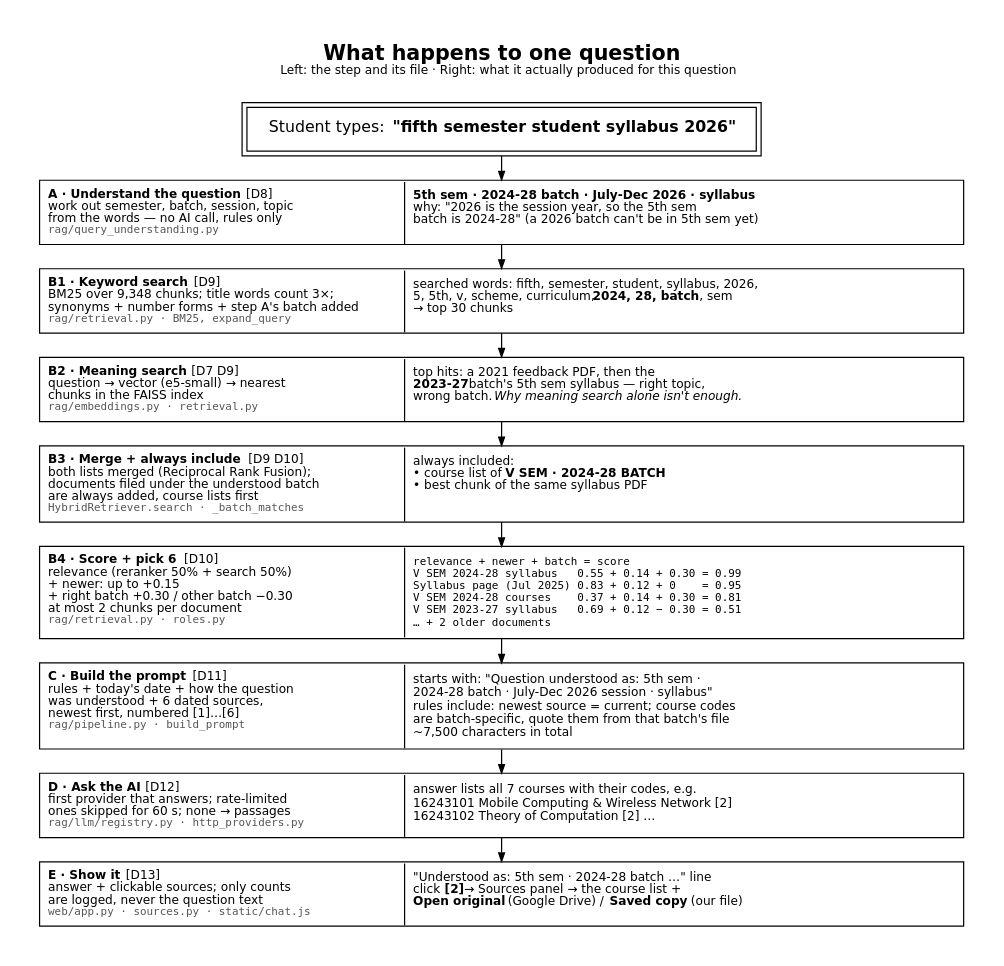
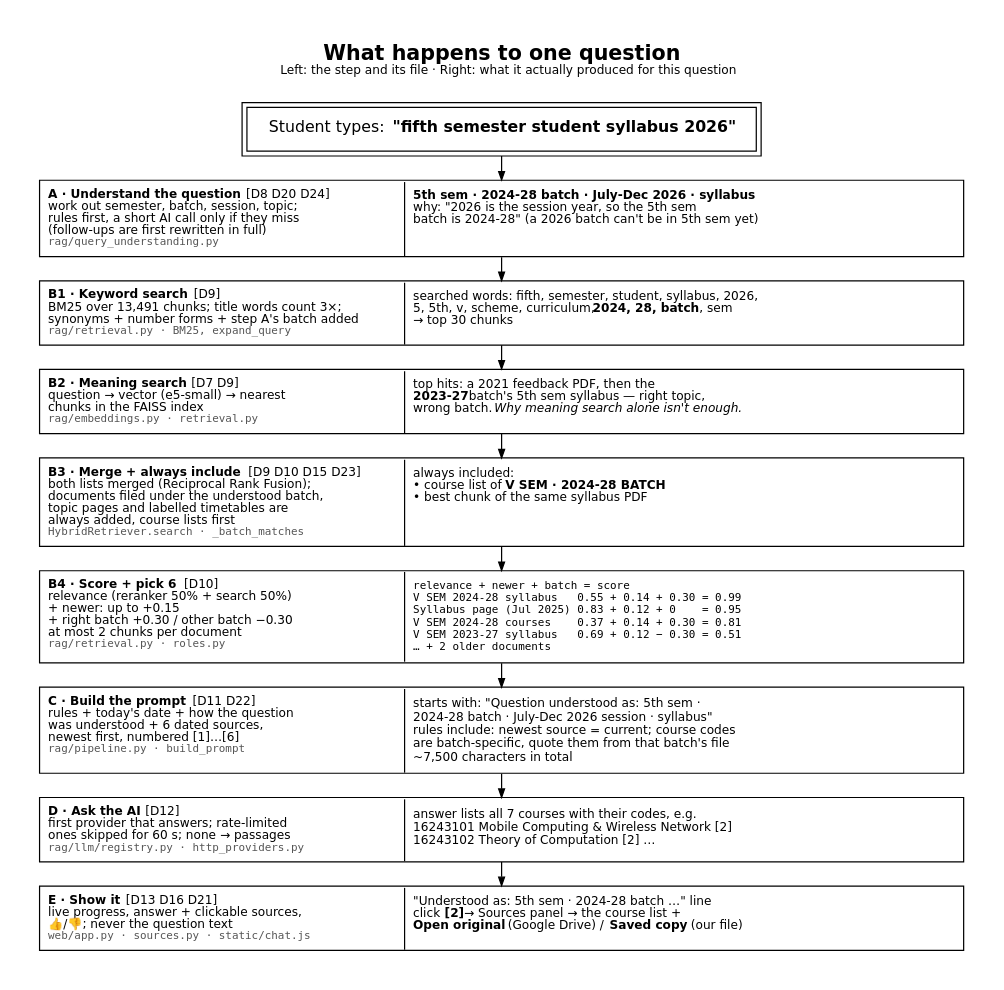
The diagram in docs/architecture/question-flow.dot (VaibhavBansa1/Cornerstone-1), drawn with Graphviz before and after one commit. The commit also changed 4 other files, not shown here.

First line of the commit message:
Architecture: all 25 design decisions in the diagrams; D23-D25 added

```diff
--- a/docs/architecture/question-flow.dot
+++ b/docs/architecture/question-flow.dot
@@ -1,45 +1,45 @@
 // One real question, step by step (values captured from the real index, Oct 2026).
 // Render:  dot -Tpng -Gdpi=150 question-flow.dot -o question-flow.png
 digraph question_flow {
   graph [rankdir=TB, fontname="DejaVu Sans", ranksep=0.28, pad=0.35, bgcolor=white, labelloc=t, fontsize=17,
          label=<<B>What happens to one question</B><BR/><FONT POINT-SIZE="10">Left: the step and its file · Right: what it actually produced for this question</FONT><BR/> >];
   node  [shape=plain, fontname="DejaVu Sans", fontsize=10];
   edge  [color=black, arrowsize=0.7];
 
   q [shape=box, peripheries=2, margin="0.25,0.1", fontsize=13,
      label=<Student types: <B>"fifth semester student syllabus 2026"</B>>];
 
   a [label=<<TABLE BORDER="1" CELLBORDER="0" CELLSPACING="0" CELLPADDING="6" WIDTH="760">
-    <TR><TD WIDTH="300" ALIGN="LEFT" VALIGN="TOP" BALIGN="LEFT"><B>A · Understand the question</B>  [D8]<BR/>work out semester, batch, session, topic<BR/>from the words — no AI call, rules only<BR/><FONT FACE="DejaVu Sans Mono" POINT-SIZE="9" COLOR="#555555">rag/query_understanding.py</FONT></TD>
+    <TR><TD WIDTH="300" ALIGN="LEFT" VALIGN="TOP" BALIGN="LEFT"><B>A · Understand the question</B>  [D8 D20 D24]<BR/>work out semester, batch, session, topic;<BR/>rules first, a short AI call only if they miss<BR/>(follow-ups are first rewritten in full)<BR/><FONT FACE="DejaVu Sans Mono" POINT-SIZE="9" COLOR="#555555">rag/query_understanding.py</FONT></TD>
         <TD WIDTH="460" ALIGN="LEFT" VALIGN="TOP" BALIGN="LEFT" BORDER="1" SIDES="L"><B>5th sem · 2024-28 batch · July-Dec 2026 · syllabus</B><BR/>why: "2026 is the session year, so the 5th sem<BR/>batch is 2024-28" (a 2026 batch can't be in 5th sem yet)</TD></TR></TABLE>>];
 
   b1 [label=<<TABLE BORDER="1" CELLBORDER="0" CELLSPACING="0" CELLPADDING="6" WIDTH="760">
-    <TR><TD WIDTH="300" ALIGN="LEFT" VALIGN="TOP" BALIGN="LEFT"><B>B1 · Keyword search</B>  [D9]<BR/>BM25 over 9,348 chunks; title words count 3×;<BR/>synonyms + number forms + step A's batch added<BR/><FONT FACE="DejaVu Sans Mono" POINT-SIZE="9" COLOR="#555555">rag/retrieval.py · BM25, expand_query</FONT></TD>
+    <TR><TD WIDTH="300" ALIGN="LEFT" VALIGN="TOP" BALIGN="LEFT"><B>B1 · Keyword search</B>  [D9]<BR/>BM25 over 13,491 chunks; title words count 3×;<BR/>synonyms + number forms + step A's batch added<BR/><FONT FACE="DejaVu Sans Mono" POINT-SIZE="9" COLOR="#555555">rag/retrieval.py · BM25, expand_query</FONT></TD>
         <TD WIDTH="460" ALIGN="LEFT" VALIGN="TOP" BALIGN="LEFT" BORDER="1" SIDES="L">searched words: fifth, semester, student, syllabus, 2026,<BR/>5, 5th, v, scheme, curriculum, <B>2024, 28, batch</B>, sem<BR/>→ top 30 chunks</TD></TR></TABLE>>];
 
   b2 [label=<<TABLE BORDER="1" CELLBORDER="0" CELLSPACING="0" CELLPADDING="6" WIDTH="760">
     <TR><TD WIDTH="300" ALIGN="LEFT" VALIGN="TOP" BALIGN="LEFT"><B>B2 · Meaning search</B>  [D7 D9]<BR/>question → vector (e5-small) → nearest<BR/>chunks in the FAISS index<BR/><FONT FACE="DejaVu Sans Mono" POINT-SIZE="9" COLOR="#555555">rag/embeddings.py · retrieval.py</FONT></TD>
         <TD WIDTH="460" ALIGN="LEFT" VALIGN="TOP" BALIGN="LEFT" BORDER="1" SIDES="L">top hits: a 2021 feedback PDF, then the<BR/><B>2023-27</B> batch's 5th sem syllabus — right topic,<BR/>wrong batch. <I>Why meaning search alone isn't enough.</I></TD></TR></TABLE>>];
 
   b3 [label=<<TABLE BORDER="1" CELLBORDER="0" CELLSPACING="0" CELLPADDING="6" WIDTH="760">
-    <TR><TD WIDTH="300" ALIGN="LEFT" VALIGN="TOP" BALIGN="LEFT"><B>B3 · Merge + always include</B>  [D9 D10]<BR/>both lists merged (Reciprocal Rank Fusion);<BR/>documents filed under the understood batch<BR/>are always added, course lists first<BR/><FONT FACE="DejaVu Sans Mono" POINT-SIZE="9" COLOR="#555555">HybridRetriever.search · _batch_matches</FONT></TD>
+    <TR><TD WIDTH="300" ALIGN="LEFT" VALIGN="TOP" BALIGN="LEFT"><B>B3 · Merge + always include</B>  [D9 D10 D15 D23]<BR/>both lists merged (Reciprocal Rank Fusion);<BR/>documents filed under the understood batch,<BR/>topic pages and labelled timetables are<BR/>always added, course lists first<BR/><FONT FACE="DejaVu Sans Mono" POINT-SIZE="9" COLOR="#555555">HybridRetriever.search · _batch_matches</FONT></TD>
         <TD WIDTH="460" ALIGN="LEFT" VALIGN="TOP" BALIGN="LEFT" BORDER="1" SIDES="L">always included:<BR/>• course list of <B>V SEM · 2024-28 BATCH</B><BR/>• best chunk of the same syllabus PDF</TD></TR></TABLE>>];
 
   b4 [label=<<TABLE BORDER="1" CELLBORDER="0" CELLSPACING="0" CELLPADDING="6" WIDTH="760">
     <TR><TD WIDTH="300" ALIGN="LEFT" VALIGN="TOP" BALIGN="LEFT"><B>B4 · Score + pick 6</B>  [D10]<BR/>relevance (reranker 50% + search 50%)<BR/>+ newer: up to +0.15<BR/>+ right batch +0.30 / other batch −0.30<BR/>at most 2 chunks per document<BR/><FONT FACE="DejaVu Sans Mono" POINT-SIZE="9" COLOR="#555555">rag/retrieval.py · roles.py</FONT></TD>
         <TD WIDTH="460" ALIGN="LEFT" VALIGN="TOP" BALIGN="LEFT" BORDER="1" SIDES="L"><FONT FACE="DejaVu Sans Mono" POINT-SIZE="9">relevance + newer + batch = score<BR/>V SEM 2024-28 syllabus   0.55 + 0.14 + 0.30 = 0.99<BR/>Syllabus page (Jul 2025) 0.83 + 0.12 + 0    = 0.95<BR/>V SEM 2024-28 courses    0.37 + 0.14 + 0.30 = 0.81<BR/>V SEM 2023-27 syllabus   0.69 + 0.12 − 0.30 = 0.51<BR/>… + 2 older documents</FONT></TD></TR></TABLE>>];
 
   c [label=<<TABLE BORDER="1" CELLBORDER="0" CELLSPACING="0" CELLPADDING="6" WIDTH="760">
-    <TR><TD WIDTH="300" ALIGN="LEFT" VALIGN="TOP" BALIGN="LEFT"><B>C · Build the prompt</B>  [D11]<BR/>rules + today's date + how the question<BR/>was understood + 6 dated sources,<BR/>newest first, numbered [1]…[6]<BR/><FONT FACE="DejaVu Sans Mono" POINT-SIZE="9" COLOR="#555555">rag/pipeline.py · build_prompt</FONT></TD>
+    <TR><TD WIDTH="300" ALIGN="LEFT" VALIGN="TOP" BALIGN="LEFT"><B>C · Build the prompt</B>  [D11 D22]<BR/>rules + today's date + how the question<BR/>was understood + 6 dated sources,<BR/>newest first, numbered [1]…[6]<BR/><FONT FACE="DejaVu Sans Mono" POINT-SIZE="9" COLOR="#555555">rag/pipeline.py · build_prompt</FONT></TD>
         <TD WIDTH="460" ALIGN="LEFT" VALIGN="TOP" BALIGN="LEFT" BORDER="1" SIDES="L">starts with: "Question understood as: 5th sem ·<BR/>2024-28 batch · July-Dec 2026 session · syllabus"<BR/>rules include: newest source = current; course codes<BR/>are batch-specific, quote them from that batch's file<BR/>~7,500 characters in total</TD></TR></TABLE>>];
 
   d [label=<<TABLE BORDER="1" CELLBORDER="0" CELLSPACING="0" CELLPADDING="6" WIDTH="760">
     <TR><TD WIDTH="300" ALIGN="LEFT" VALIGN="TOP" BALIGN="LEFT"><B>D · Ask the AI</B>  [D12]<BR/>first provider that answers; rate-limited<BR/>ones skipped for 60 s; none → passages<BR/><FONT FACE="DejaVu Sans Mono" POINT-SIZE="9" COLOR="#555555">rag/llm/registry.py · http_providers.py</FONT></TD>
         <TD WIDTH="460" ALIGN="LEFT" VALIGN="TOP" BALIGN="LEFT" BORDER="1" SIDES="L">answer lists all 7 courses with their codes, e.g.<BR/>16243101 Mobile Computing &amp; Wireless Network [2]<BR/>16243102 Theory of Computation [2] …</TD></TR></TABLE>>];
 
   e [label=<<TABLE BORDER="1" CELLBORDER="0" CELLSPACING="0" CELLPADDING="6" WIDTH="760">
-    <TR><TD WIDTH="300" ALIGN="LEFT" VALIGN="TOP" BALIGN="LEFT"><B>E · Show it</B>  [D13]<BR/>answer + clickable sources; only counts<BR/>are logged, never the question text<BR/><FONT FACE="DejaVu Sans Mono" POINT-SIZE="9" COLOR="#555555">web/app.py · sources.py · static/chat.js</FONT></TD>
+    <TR><TD WIDTH="300" ALIGN="LEFT" VALIGN="TOP" BALIGN="LEFT"><B>E · Show it</B>  [D13 D16 D21]<BR/>live progress, answer + clickable sources,<BR/>👍/👎; never the question text<BR/><FONT FACE="DejaVu Sans Mono" POINT-SIZE="9" COLOR="#555555">web/app.py · sources.py · static/chat.js</FONT></TD>
         <TD WIDTH="460" ALIGN="LEFT" VALIGN="TOP" BALIGN="LEFT" BORDER="1" SIDES="L">"Understood as: 5th sem · 2024-28 batch …" line<BR/>click <B>[2]</B> → Sources panel → the course list +<BR/><B>Open original</B> (Google Drive) / <B>Saved copy</B> (our file)</TD></TR></TABLE>>];
 
   q -> a -> b1 -> b2 -> b3 -> b4 -> c -> d -> e;
 }
```
